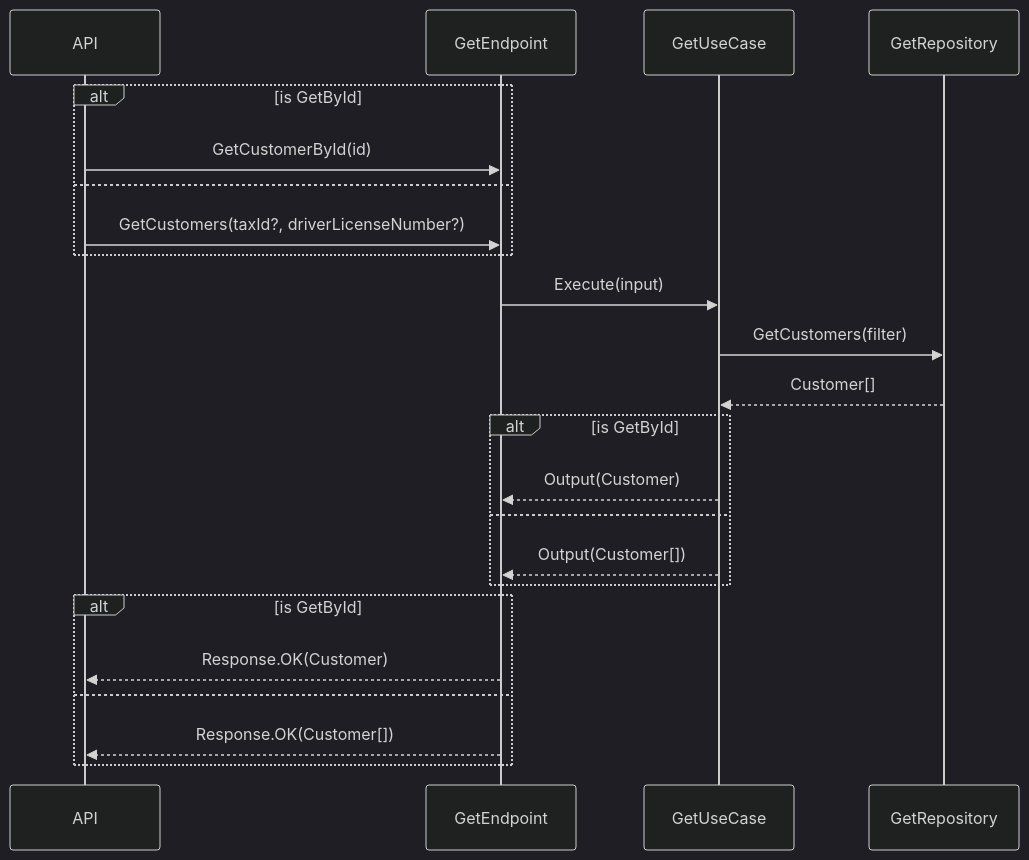
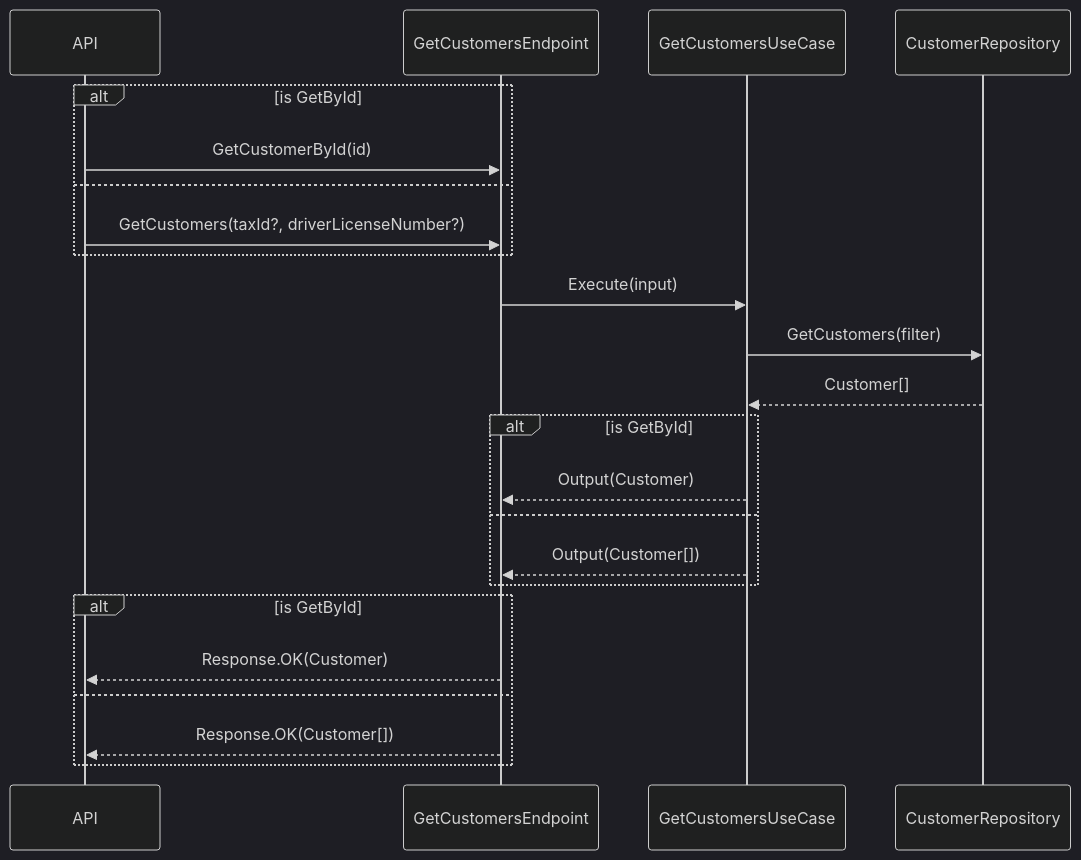
The third of 4 diagrams in README.md (fksalviano/rent-motorcycle-api), drawn with Mermaid (dark theme) before and after one commit. The commit also changed other lines of this file and 16 other files, not shown here.

`````diff
--- a/README.md
+++ b/README.md
@@ -35,21 +194,21 @@
 ```mermaid
 sequenceDiagram
     alt is GetById
-        API->>GetEndpoint : GetCustomerById(id)
+        API->>GetCustomersEndpoint : GetCustomerById(id)
     else
-        API->>GetEndpoint : GetCustomers(taxId?, driverLicenseNumber?)
+        API->>GetCustomersEndpoint : GetCustomers(taxId?, driverLicenseNumber?)
     end
-    GetEndpoint->>GetUseCase : Execute(input)
-    GetUseCase->>GetRepository : GetCustomers(filter)
-    GetRepository-->>GetUseCase : Customer[]
+    GetCustomersEndpoint->>GetCustomersUseCase : Execute(input)
+    GetCustomersUseCase->>CustomerRepository : GetCustomers(filter)
+    CustomerRepository-->>GetCustomersUseCase : Customer[]
     alt is GetById
-        GetUseCase-->>GetEndpoint : Output(Customer)
+        GetCustomersUseCase-->>GetCustomersEndpoint : Output(Customer)
     else
-        GetUseCase-->>GetEndpoint : Output(Customer[])
+        GetCustomersUseCase-->>GetCustomersEndpoint : Output(Customer[])
     end
     alt is GetById
-        GetEndpoint-->>API : Response.OK(Customer)
+        GetCustomersEndpoint-->>API : Response.OK(Customer)
     else
-        GetEndpoint-->>API : Response.OK(Customer[])
+        GetCustomersEndpoint-->>API : Response.OK(Customer[])
     end
 ````
`````
